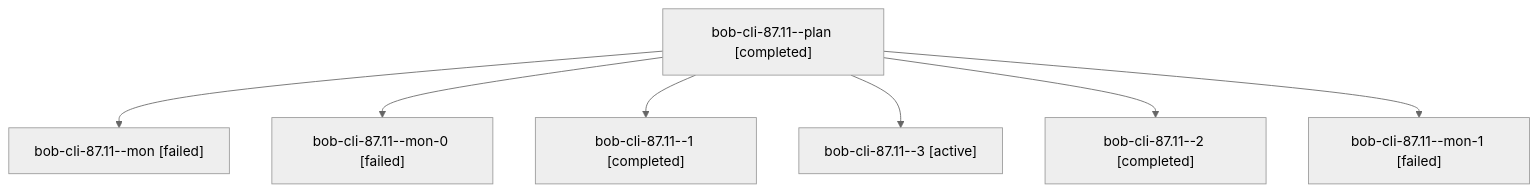
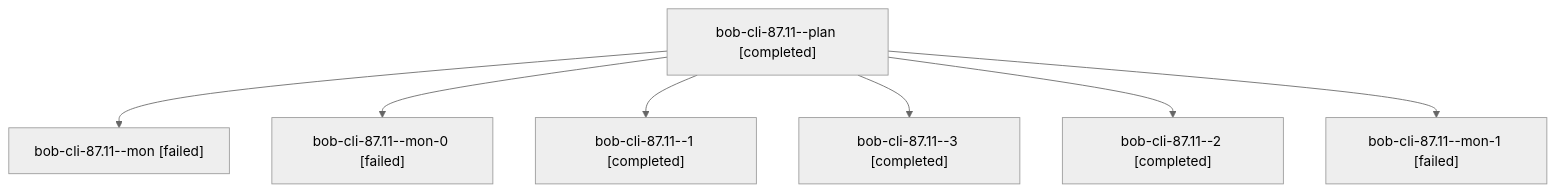
The diagram in sessions/bbugyi200.athena.bob-cli-87.11.md (bobs-org/bob-cli--agents), drawn with Mermaid (neutral theme) before and after one commit. The commit also changed other lines of this file and 281 other files, not shown here.

````diff
--- a/sessions/bbugyi200.athena.bob-cli-87.11.md
+++ b/sessions/bbugyi200.athena.bob-cli-87.11.md
@@ -9,16 +9,16 @@
 ```mermaid
 flowchart TD
   n0["bob-cli-87.11--plan [completed]"]
   n1["bob-cli-87.11--mon [failed]"]
   n0 --> n1
   n2["bob-cli-87.11--mon-0 [failed]"]
   n0 --> n2
   n3["bob-cli-87.11--1 [completed]"]
   n0 --> n3
-  n4["bob-cli-87.11--3 [active]"]
+  n4["bob-cli-87.11--3 [completed]"]
   n0 --> n4
   n5["bob-cli-87.11--2 [completed]"]
   n0 --> n5
   n6["bob-cli-87.11--mon-1 [failed]"]
   n0 --> n6
 ```
````
